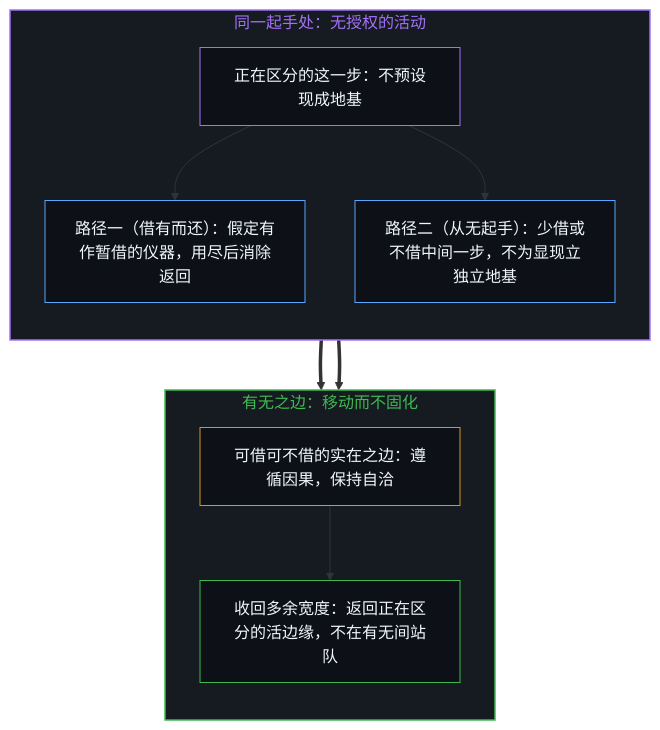
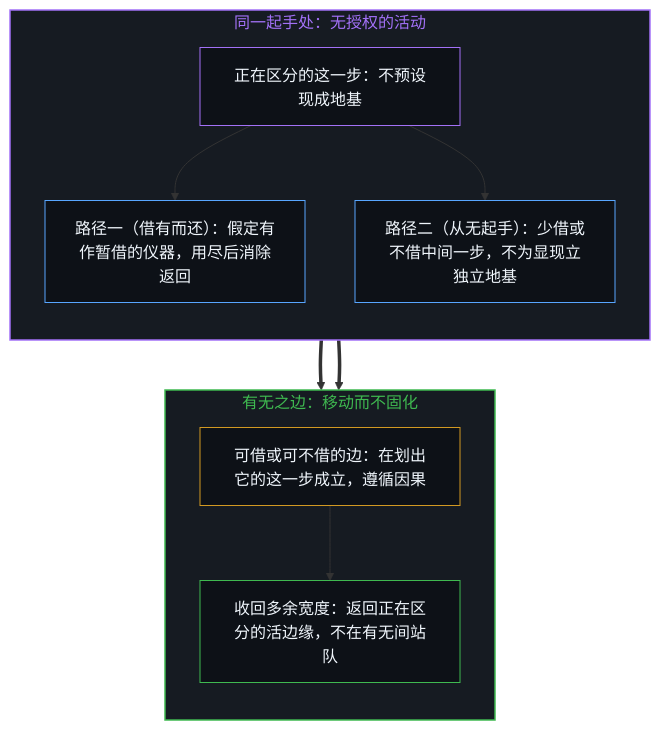
Before and after one commit to powerpig99/not-a-toe: the first of 2 diagrams in content/posts/you-wu-zhi-bian.md, drawn with Mermaid. The commit also changed other lines of this file and 7 other files, not shown here.

````diff
--- a/content/posts/you-wu-zhi-bian.md
+++ b/content/posts/you-wu-zhi-bian.md
@@ -37,29 +37,26 @@
 ```mermaid
 flowchart TD
     subgraph S_Origin["同一起手处：无授权的活动"]
         direction TB
         O_Act["正在区分的这一步：不预设现成地基"]
         O_Borrow["路径一（借有而还）：假定有作暂借的仪器，用尽后消除返回"]
         O_Direct["路径二（从无起手）：少借或不借中间一步，不为显现立独立地基"]
         O_Act --> O_Borrow
         O_Act --> O_Direct
     end
-
     subgraph S_Edge["有无之边：移动而不固化"]
         direction TB
-        E_Edge["可借可不借的实在之边：遵循因果，保持自洽"]
+        E_Edge["可借或可不借的边：在划出它的这一步成立，遵循因果"]
         E_Return["收回多余宽度：返回正在区分的活边缘，不在有无间站队"]
         E_Edge --> E_Return
     end
-
     O_Borrow ==> E_Edge
     O_Direct ==> E_Edge
-
     style S_Origin fill:#161b22,stroke:#a371f7,stroke-width:1.5px,color:#a371f7
     style S_Edge fill:#161b22,stroke:#3fb950,stroke-width:1.5px,color:#3fb950
     style O_Act fill:#0d1117,stroke:#a371f7,stroke-width:1px,color:#f0f6fc
     style O_Borrow fill:#0d1117,stroke:#58a6ff,stroke-width:1px,color:#f0f6fc
     style O_Direct fill:#0d1117,stroke:#58a6ff,stroke-width:1px,color:#f0f6fc
     style E_Edge fill:#0d1117,stroke:#d29922,stroke-width:1px,color:#f0f6fc
     style E_Return fill:#0d1117,stroke:#3fb950,stroke-width:1px,color:#f0f6fc
 ```
````
